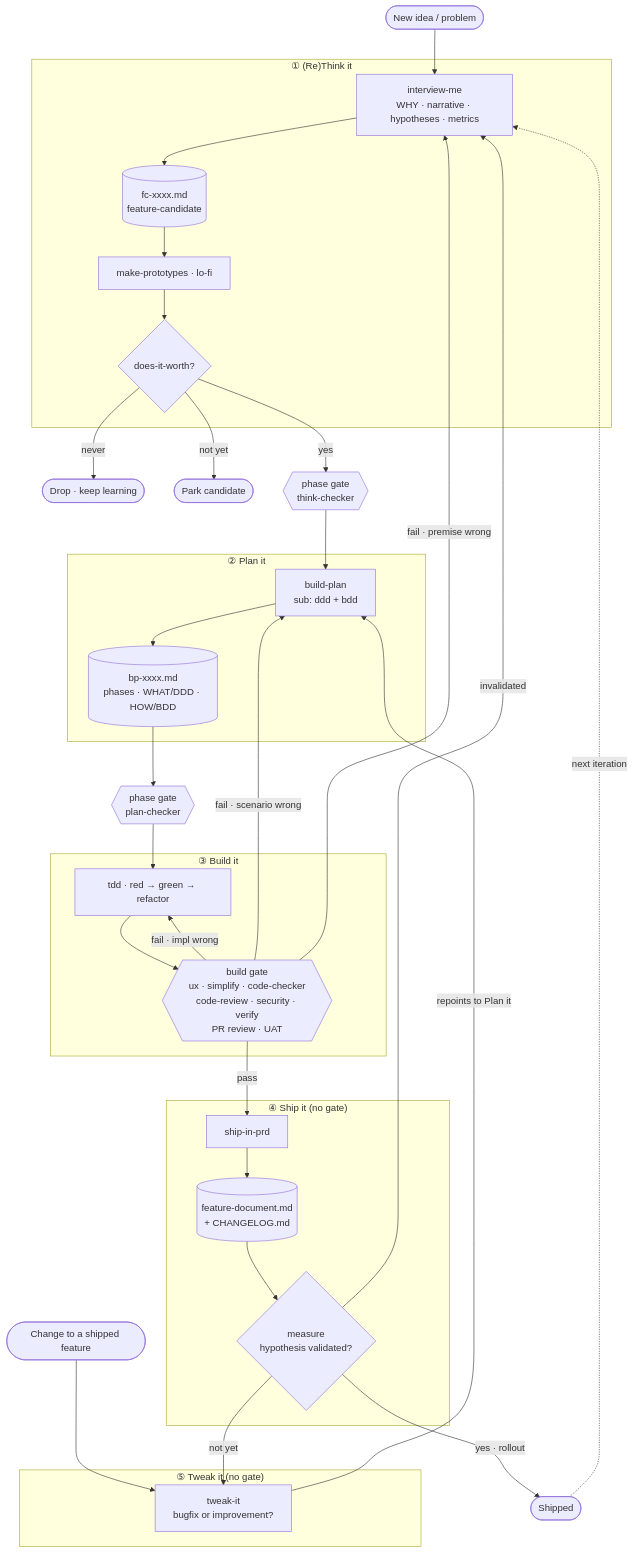
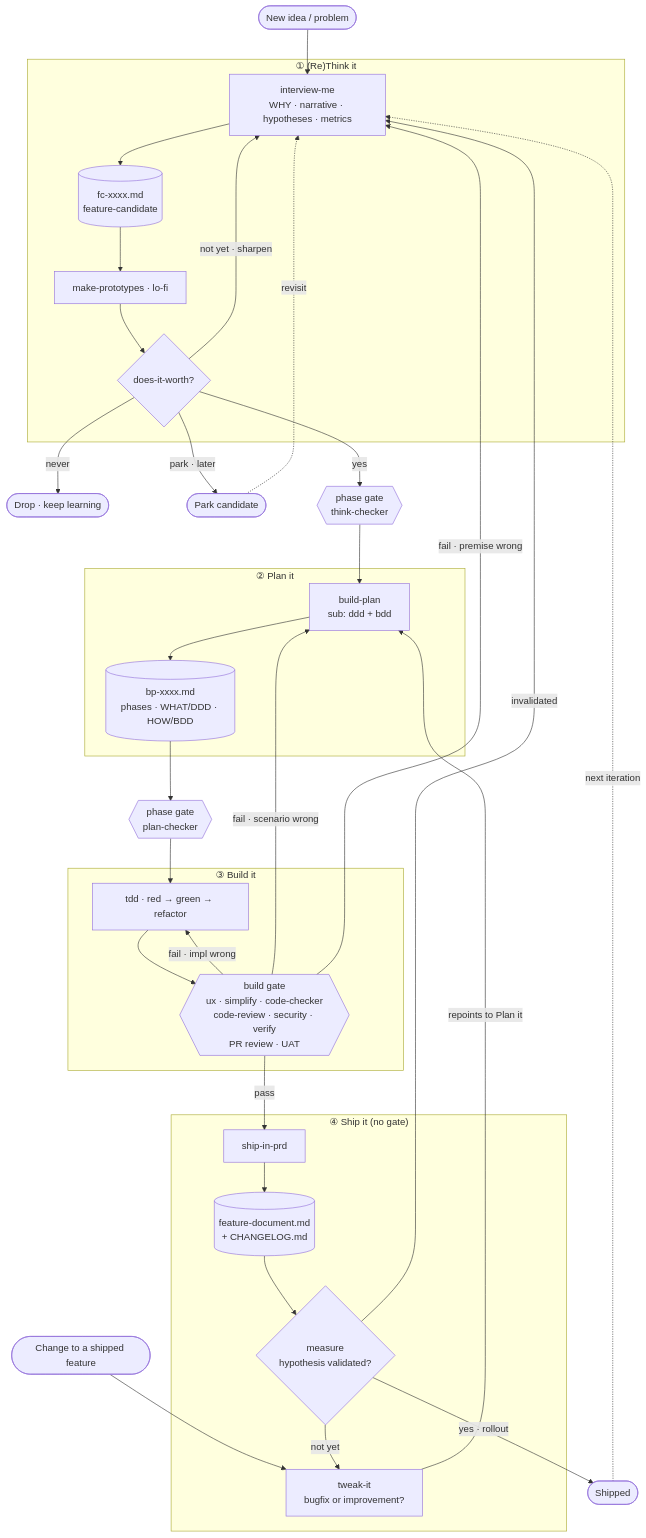
One commit to giovannibeltrame/buildloop changed the second of 2 diagrams in _brainstorm.md. Above: the diagram before and after it, drawn with Mermaid. The commit also changed other lines of this file, not shown here.

````diff
--- a/_brainstorm.md
+++ b/_brainstorm.md
@@ -50,48 +91,46 @@
 ```mermaid
 flowchart TD
     NEW([New idea / problem]) --> IM
     CHG([Change to a shipped feature]) --> TI
 
     subgraph RT["① (Re)Think it"]
         IM[interview-me<br/>WHY · narrative · hypotheses · metrics] --> FC[(fc-xxxx.md<br/>feature-candidate)]
         FC --> MP[make-prototypes · lo-fi]
         MP --> DIW{does-it-worth?}
     end
 
     DIW -->|never| DROP([Drop · keep learning])
-    DIW -->|not yet| PARK([Park candidate])
+    DIW -->|not yet · sharpen| IM
+    DIW -->|park · later| PARK([Park candidate])
     DIW -->|yes| TKC{{phase gate<br/>think-checker}}
+    PARK -.revisit.-> IM
 
     TKC --> BPL
 
     subgraph PL["② Plan it"]
         BPL[build-plan<br/>sub: ddd + bdd] --> BP[(bp-xxxx.md<br/>phases · WHAT/DDD · HOW/BDD)]
     end
 
     BP --> PLC{{phase gate<br/>plan-checker}}
     PLC --> TDD
 
     subgraph BT["③ Build it"]
         TDD[tdd · red → green → refactor] --> BG{{build gate<br/>ux · simplify · code-checker<br/>code-review · security · verify<br/>PR review · UAT}}
         BG -->|fail · impl wrong| TDD
     end
 
     BG -->|fail · scenario wrong| BPL
     BG -->|fail · premise wrong| IM
     BG -->|pass| BIP
 
     subgraph SH["④ Ship it (no gate)"]
         BIP[ship-in-prd] --> FD[(feature-document.md<br/>+ CHANGELOG.md)]
         FD --> MEAS{measure<br/>hypothesis validated?}
+        MEAS -->|not yet| TI[tweak-it<br/>bugfix or improvement?]
     end
 
     MEAS -->|yes · rollout| DONE([Shipped])
-    MEAS -->|not yet| TI
     MEAS -->|invalidated| IM
-
-    subgraph TW["⑤ Tweak it (no gate)"]
-        TI[tweak-it<br/>bugfix or improvement?]
-    end
     TI -->|repoints to Plan it| BPL
     DONE -.next iteration.-> IM
 ```
````
